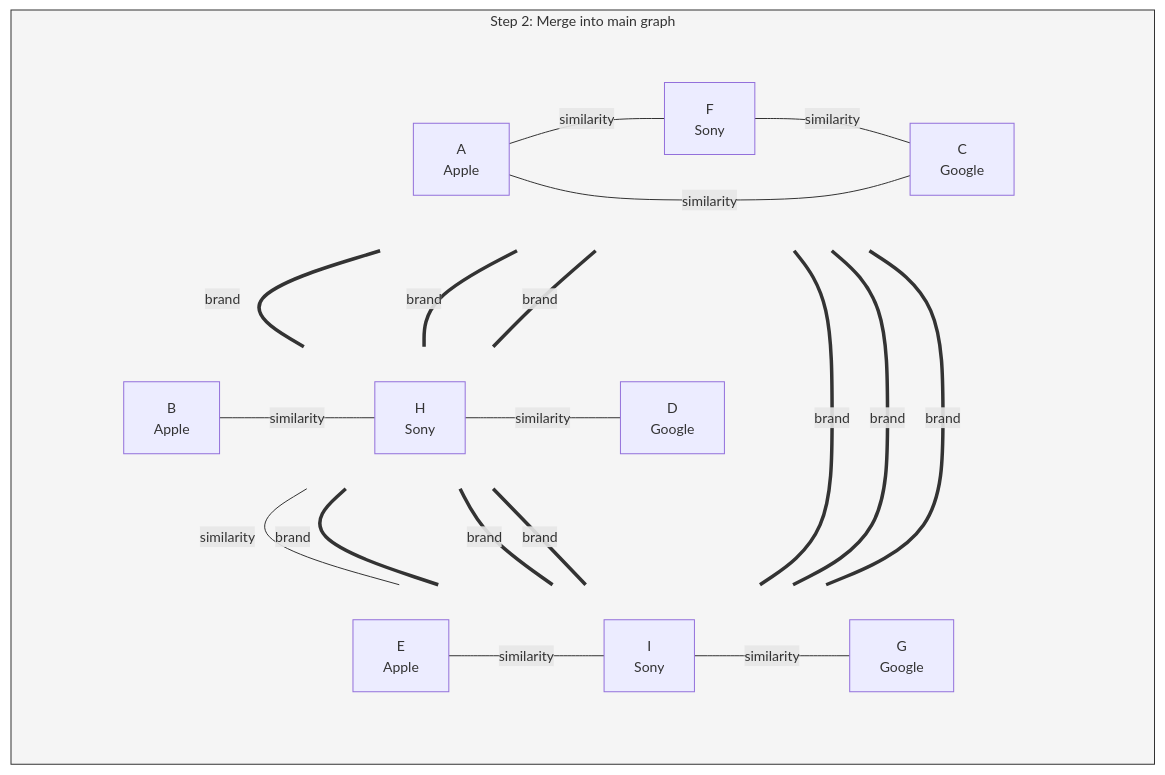
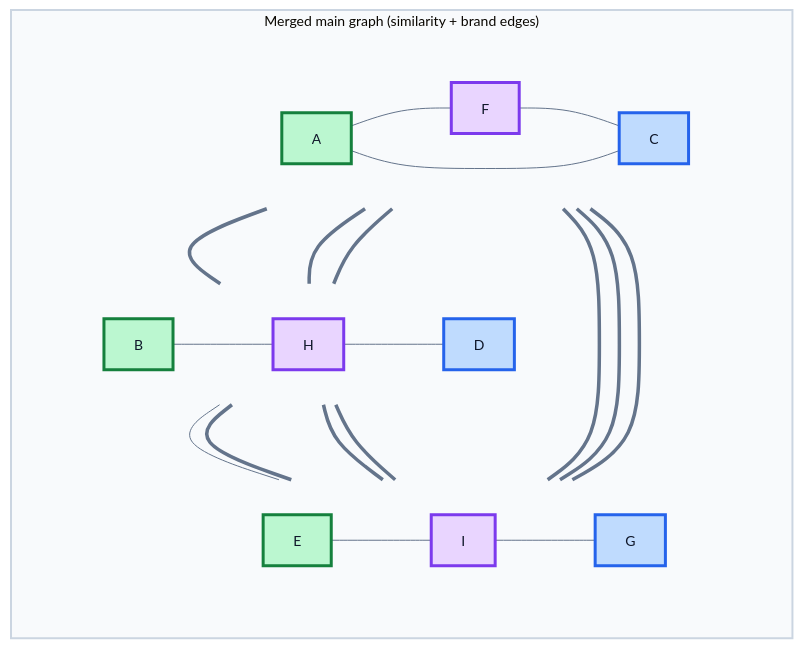
Before and after one commit to chsafouane/chsafouane.github.io: the diagram in posts/Why WHERE clauses can break your vector search/assets/merged-graph.mmd, drawn with Mermaid. The commit also changed 28 other files, not shown here.

Commit message:
Fix the mermaid graphs

```diff
--- a/posts/Why WHERE clauses can break your vector search/assets/merged-graph.mmd
+++ b/posts/Why WHERE clauses can break your vector search/assets/merged-graph.mmd
@@ -1,38 +1,57 @@
-%%{init: {'theme': 'default', 'themeVariables': { 'fontSize': '14px' }}}%%
+%%{init: {
+    'theme': 'base',
+    'themeVariables': {
+        'fontFamily': 'Helvetica Neue,Helvetica,Arial,sans-serif',
+        'fontSize': '14px',
+        'lineColor': '#64748b',
+        'textColor': '#0f172a'
+    },
+    'flowchart': { 'curve': 'basis' }
+}}%%
 flowchart TB
-    subgraph step2["Step 2: Merge into main graph"]
+    subgraph merged["Merged main graph (similarity + brand edges)"]
         direction TB
 
         subgraph r1[" "]
             direction LR
-            MA["A<br/>Apple"] ---|similarity| MF["F<br/>Sony"] ---|similarity| MC["C<br/>Google"]
+            A["A"] --- F["F"] --- C["C"]
         end
         subgraph r2[" "]
             direction LR
-            MB["B<br/>Apple"] ---|similarity| MH["H<br/>Sony"] ---|similarity| MD["D<br/>Google"]
+            B["B"] --- H["H"] --- D["D"]
         end
         subgraph r3[" "]
             direction LR
-            ME["E<br/>Apple"] ---|similarity| MI["I<br/>Sony"] ---|similarity| MG["G<br/>Google"]
+            E["E"] --- I["I"] --- G["G"]
         end
 
-        MA ---|similarity| MC
-        MB ---|similarity| MG
+        %% Cross-brand similarity shortcuts
+        A --- C
+        B --- G
 
-        MA ===|brand| MB
-        MA ===|brand| ME
-        MB ===|brand| ME
+        %% Brand subgraph edges (thick)
+        A === B
+        A === E
+        B === E
 
-        MC ===|brand| MD
-        MC ===|brand| MG
-        MD ===|brand| MG
+        C === D
+        C === G
+        D === G
 
-        MF ===|brand| MH
-        MF ===|brand| MI
-        MH ===|brand| MI
+        F === H
+        F === I
+        H === I
     end
+
+    classDef apple fill:#bbf7d0,stroke:#15803d,stroke-width:3px,color:#0f172a
+    classDef google fill:#bfdbfe,stroke:#2563eb,stroke-width:3px,color:#0f172a
+    classDef sony fill:#e9d5ff,stroke:#7c3aed,stroke-width:3px,color:#0f172a
+
+    class A,B,E apple
+    class C,D,G google
+    class F,H,I sony
 
     style r1 fill:transparent,stroke:transparent
     style r2 fill:transparent,stroke:transparent
     style r3 fill:transparent,stroke:transparent
-    style step2 fill:#f5f5f5,stroke:#333
+    style merged fill:#f8fafc,stroke:#cbd5e1,stroke-width:2px
```
